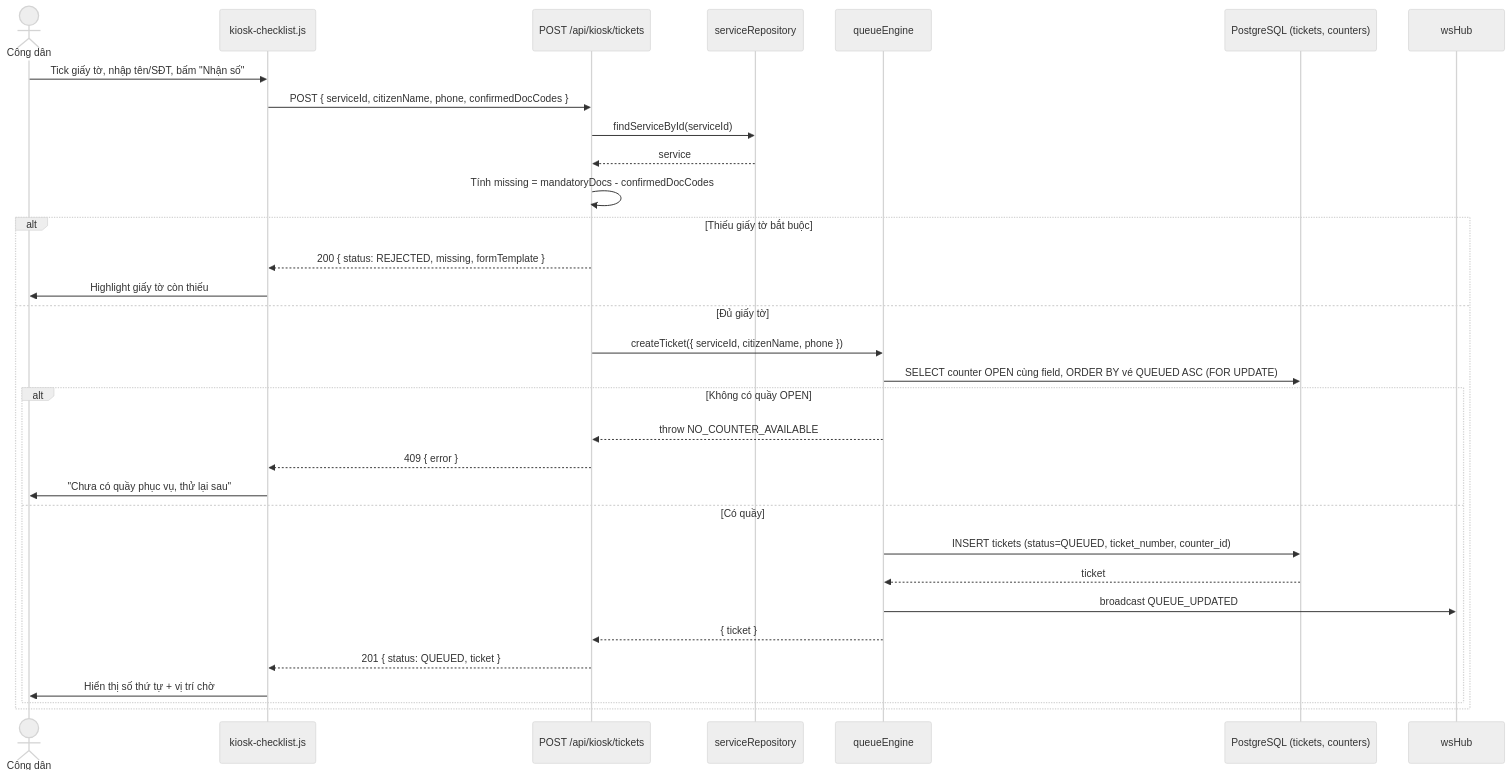
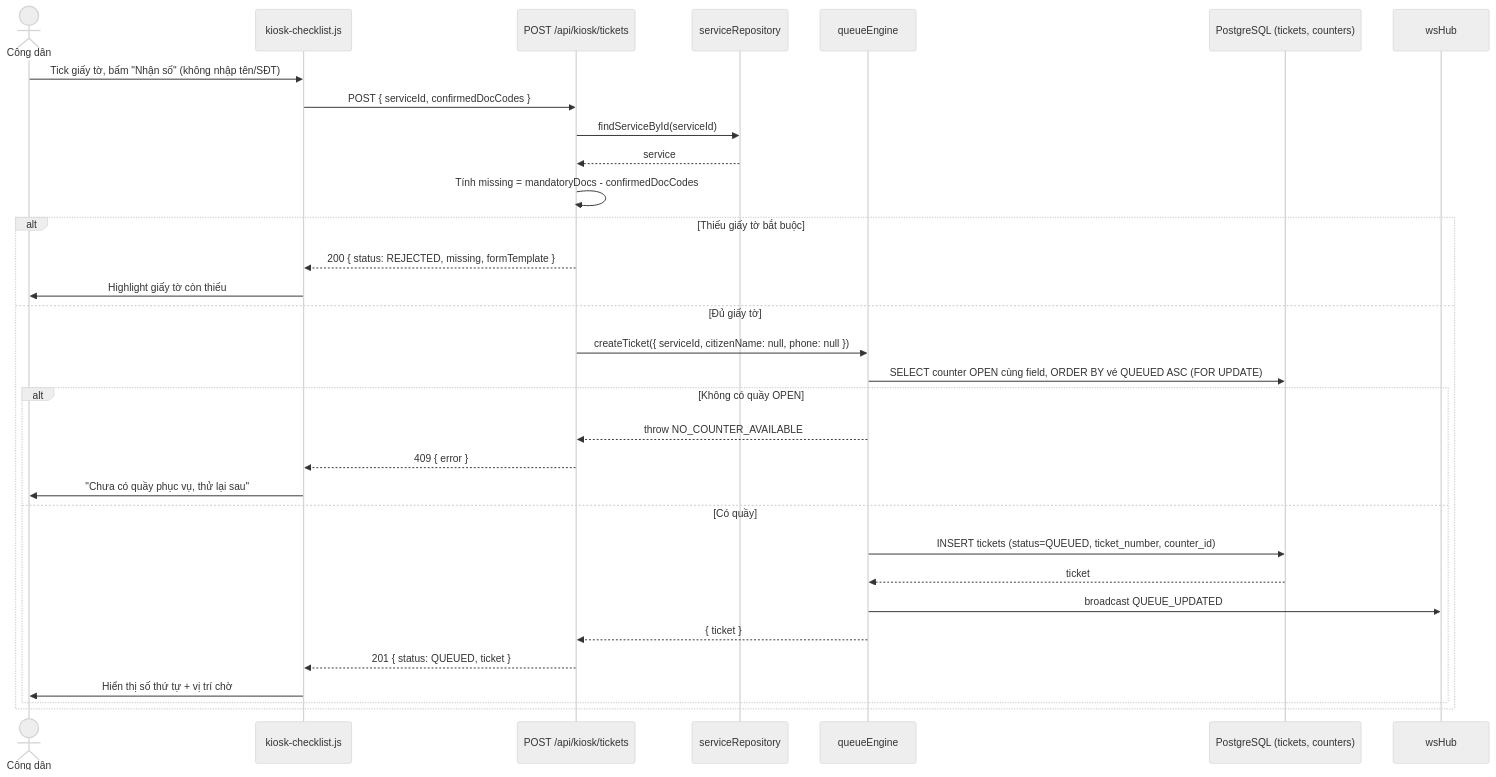
One commit to nam25msa13253-png/demotrangweb changed the sixth of 14 diagrams in docs/usecases/02-Kiosk-CongDan.md. Above: the diagram before and after it, drawn with Mermaid (neutral theme). The commit also changed other lines of this file and 60 other files, not shown here.

````diff
--- a/docs/usecases/02-Kiosk-CongDan.md
+++ b/docs/usecases/02-Kiosk-CongDan.md
@@ -234,35 +234,35 @@
 ```mermaid
 sequenceDiagram
     actor CD as Công dân
     participant FE as kiosk-checklist.js
     participant API as POST /api/kiosk/tickets
     participant SREPO as serviceRepository
     participant QE as queueEngine
     participant DB as PostgreSQL (tickets, counters)
     participant WS as wsHub
 
-    CD->>FE: Tick giấy tờ, nhập tên/SĐT, bấm "Nhận số"
-    FE->>API: POST { serviceId, citizenName, phone, confirmedDocCodes }
+    CD->>FE: Tick giấy tờ, bấm "Nhận số" (không nhập tên/SĐT)
+    FE->>API: POST { serviceId, confirmedDocCodes }
     API->>SREPO: findServiceById(serviceId)
     SREPO-->>API: service
     API->>API: Tính missing = mandatoryDocs - confirmedDocCodes
     alt Thiếu giấy tờ bắt buộc
         API-->>FE: 200 { status: REJECTED, missing, formTemplate }
         FE->>CD: Highlight giấy tờ còn thiếu
     else Đủ giấy tờ
-        API->>QE: createTicket({ serviceId, citizenName, phone })
+        API->>QE: createTicket({ serviceId, citizenName: null, phone: null })
         QE->>DB: SELECT counter OPEN cùng field, ORDER BY vé QUEUED ASC (FOR UPDATE)
         alt Không có quầy OPEN
             QE-->>API: throw NO_COUNTER_AVAILABLE
             API-->>FE: 409 { error }
             FE->>CD: "Chưa có quầy phục vụ, thử lại sau"
         else Có quầy
             QE->>DB: INSERT tickets (status=QUEUED, ticket_number, counter_id)
             DB-->>QE: ticket
             QE->>WS: broadcast QUEUE_UPDATED
             QE-->>API: { ticket }
             API-->>FE: 201 { status: QUEUED, ticket }
             FE->>CD: Hiển thị số thứ tự + vị trí chờ
         end
     end
 ```
````
